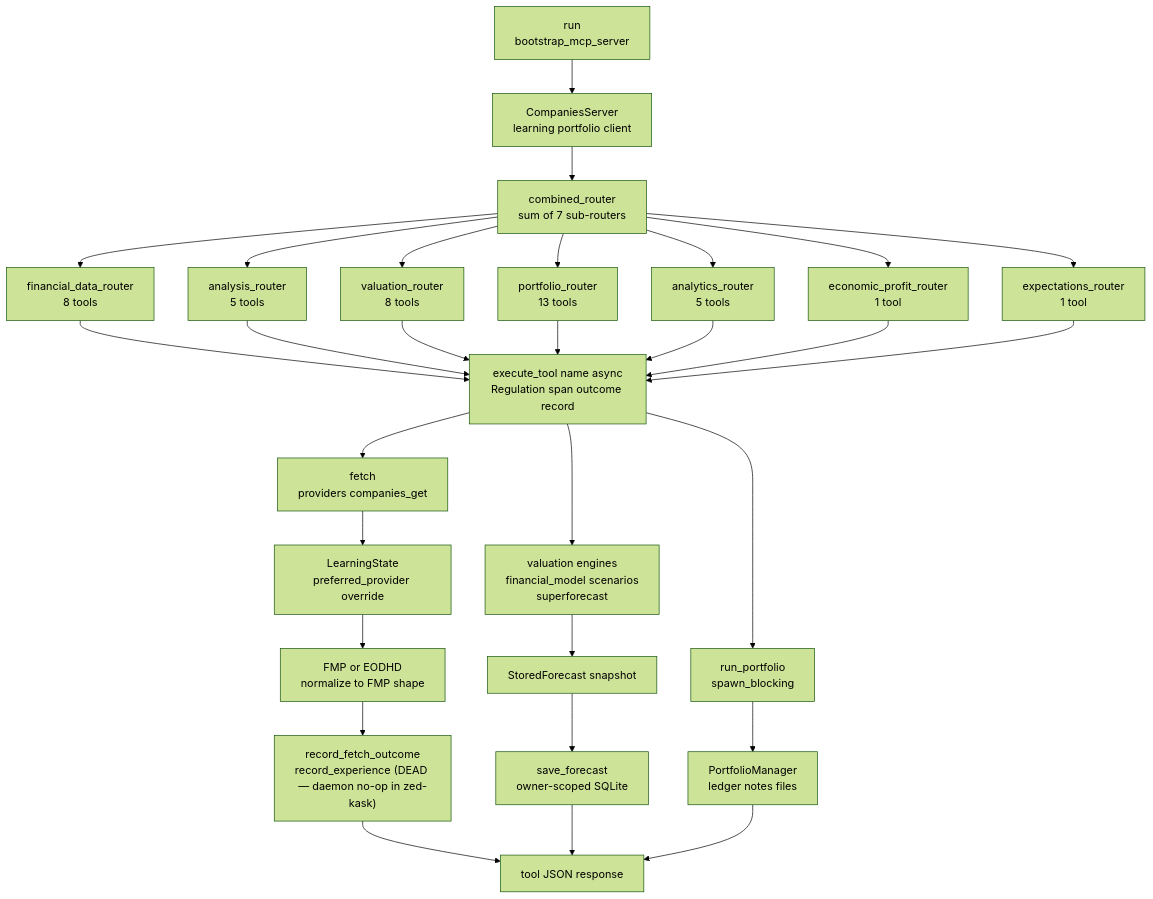
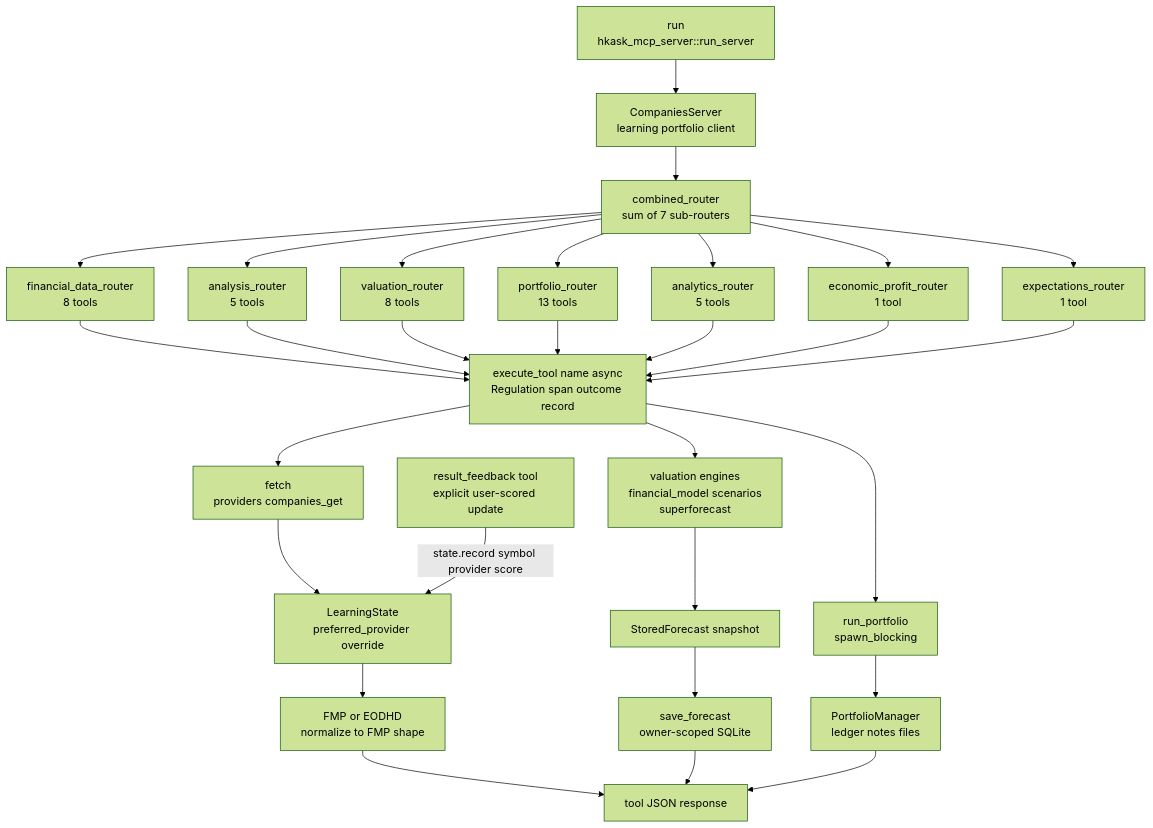
The diagram in kask/docs/reference/mcp-servers/companies.md (mdz-axo/zed-kask), drawn with Mermaid (forest theme) before and after one commit. The commit also changed other lines of this file and 16 other files, not shown here.

First line of the commit message:
Update GovernedTool references to McpRuntime::invoke

````diff
--- a/kask/docs/reference/mcp-servers/companies.md
+++ b/kask/docs/reference/mcp-servers/companies.md
@@ -36,32 +35,33 @@
 ```mermaid
 flowchart TD
-    Boot["run<br/>bootstrap_mcp_server"]
+    Boot["run<br/>hkask_mcp_server::run_server"]
     Boot --> Srv["CompaniesServer<br/>learning portfolio client"]
     Srv --> Comb["combined_router<br/>sum of 7 sub-routers"]
     Comb --> R1["financial_data_router<br/>8 tools"]
     Comb --> R2["analysis_router<br/>5 tools"]
     Comb --> R3["valuation_router<br/>8 tools"]
     Comb --> R4["portfolio_router<br/>13 tools"]
     Comb --> R5["analytics_router<br/>5 tools"]
     Comb --> R6["economic_profit_router<br/>1 tool"]
     Comb --> R7["expectations_router<br/>1 tool"]
     R1 --> Seam["execute_tool name async<br/>Regulation span outcome record"]
     R2 --> Seam
     R3 --> Seam
     R4 --> Seam
     R5 --> Seam
     R6 --> Seam
     R7 --> Seam
     Seam --> SinkA["fetch<br/>providers companies_get"]
     Seam --> SinkB["valuation engines<br/>financial_model scenarios<br/>superforecast"]
     Seam --> SinkC["run_portfolio<br/>spawn_blocking"]
     SinkA --> Learn["LearningState<br/>preferred_provider override"]
     Learn --> FmpEod["FMP or EODHD<br/>normalize to FMP shape"]
-    FmpEod --> Rec["record_fetch_outcome\nrecord_experience (DEAD — daemon no-op in zed-kask)"]
+    FmpEod --> Out["tool JSON response"]
     SinkB --> Stored["StoredForecast snapshot"]
     Stored --> Persist["save_forecast<br/>owner-scoped SQLite"]
     SinkC --> Ledger["PortfolioManager<br/>ledger notes files"]
-    Rec --> Out["tool JSON response"]
     Persist --> Out
+    Feedback["result_feedback tool<br/>explicit user-scored update"]
+    Feedback -->|"state.record symbol provider score"| Learn
     Ledger --> Out
 ```
````
